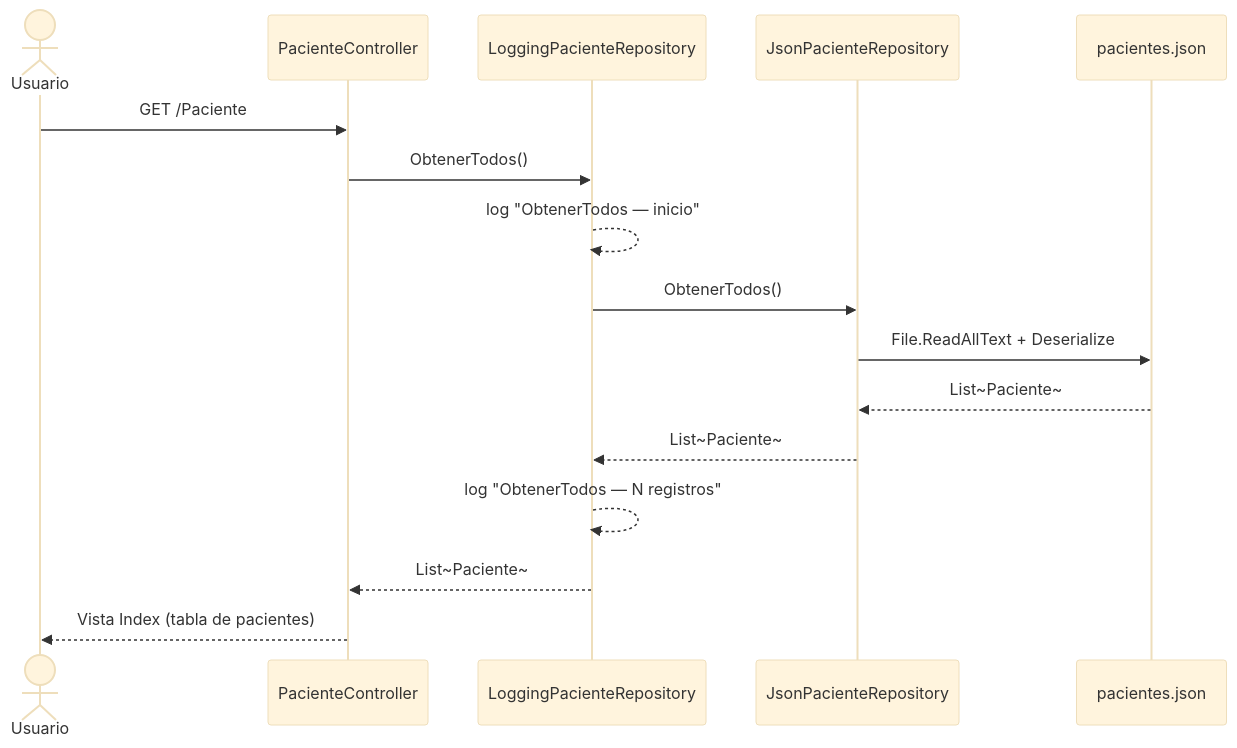
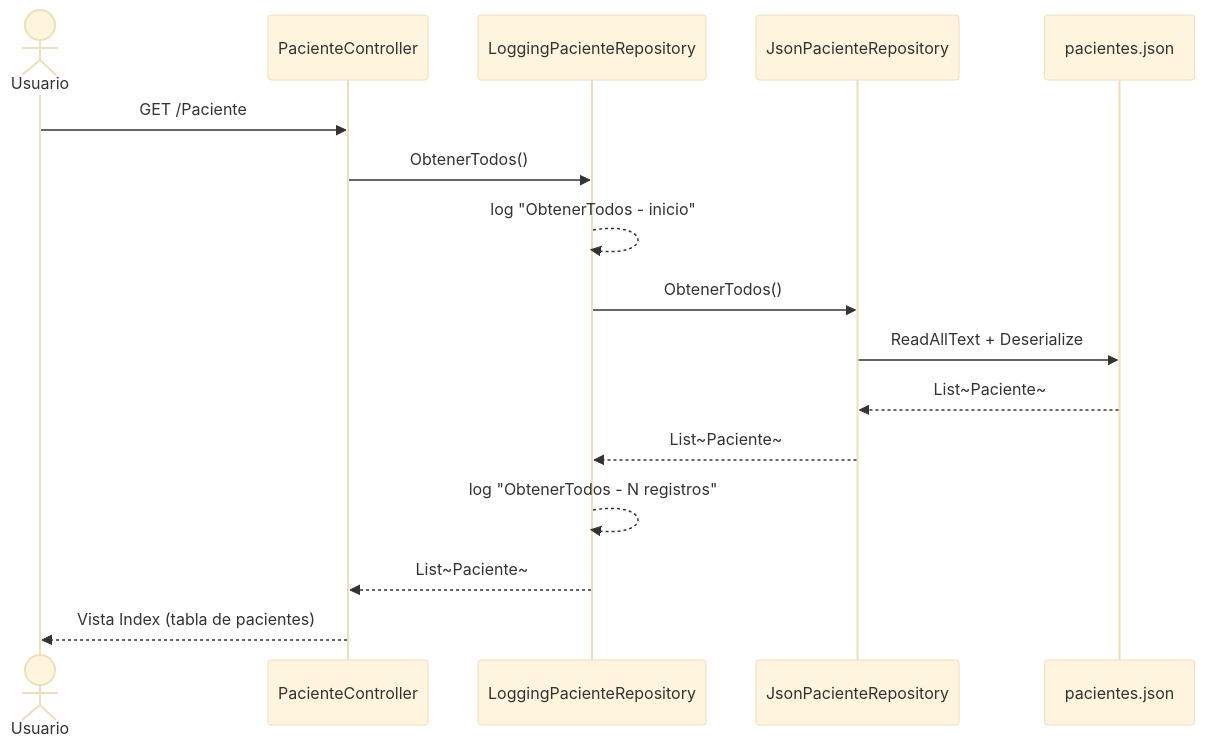
Before and after one commit to Cab5ter/ArqSoft-S05-LeonardoB: the seventh of 8 diagrams in docs/DIAGRAMAS.md, drawn with Mermaid (base theme). The commit also changed other lines of this file and 1 other file, not shown here.

Commit message:
UPDATE docs/DIAGRAMAS.md: restructure diagrams around the C4 model (Context/Container/Component/Code)

````diff
--- a/docs/DIAGRAMAS.md
+++ b/docs/DIAGRAMAS.md
@@ -267,19 +309,19 @@
 ```mermaid
 sequenceDiagram
     actor U as Usuario
     participant PC as PacienteController
     participant Log as LoggingPacienteRepository
     participant Json as JsonPacienteRepository
     participant FS as pacientes.json
 
     U->>PC: GET /Paciente
     PC->>Log: ObtenerTodos()
-    Log-->>Log: log "ObtenerTodos — inicio"
+    Log-->>Log: log "ObtenerTodos - inicio"
     Log->>Json: ObtenerTodos()
-    Json->>FS: File.ReadAllText + Deserialize
+    Json->>FS: ReadAllText + Deserialize
     FS-->>Json: List~Paciente~
     Json-->>Log: List~Paciente~
-    Log-->>Log: log "ObtenerTodos — N registros"
+    Log-->>Log: log "ObtenerTodos - N registros"
     Log-->>PC: List~Paciente~
     PC-->>U: Vista Index (tabla de pacientes)
 ```
````
